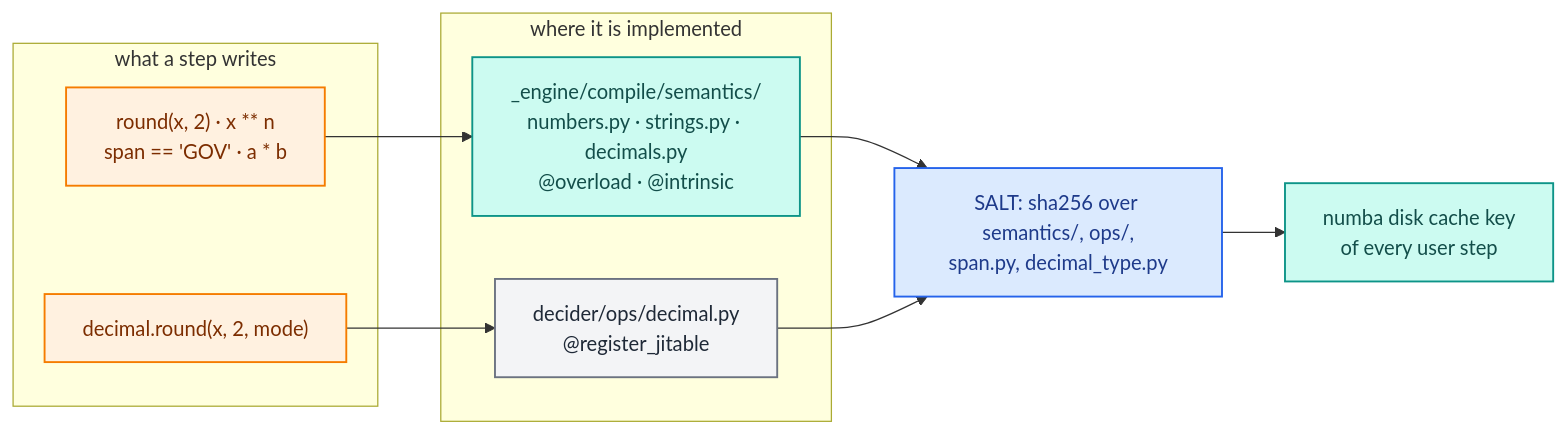
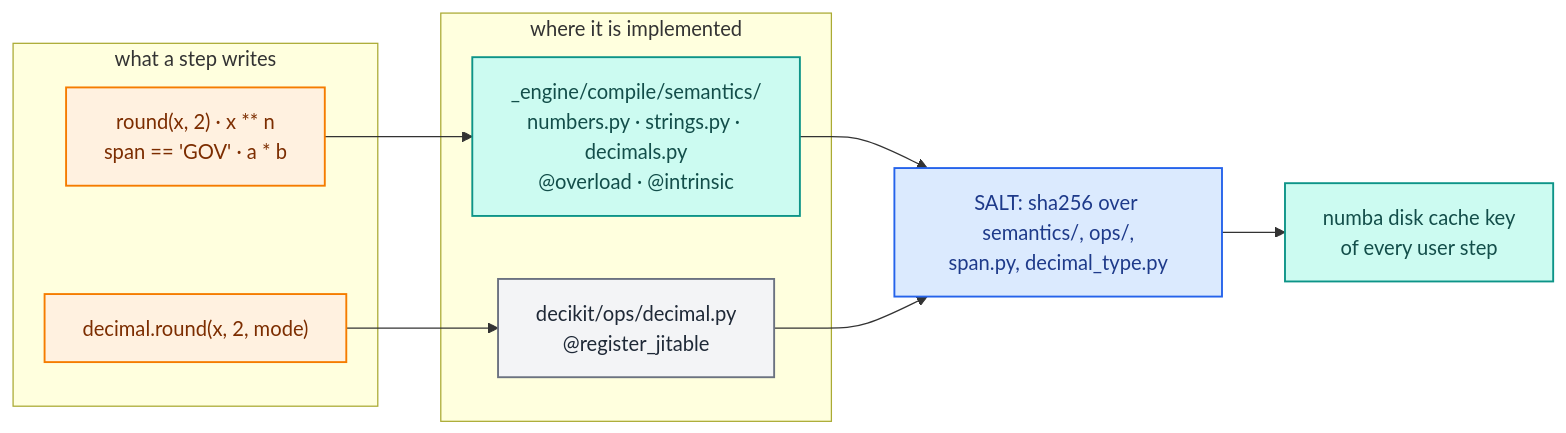
Before and after one commit to capitec/dsp-decision-engine: the first of 4 diagrams in docs/architecture/foundation.md, drawn with Mermaid. The commit also changed other lines of this file and 1292 other files, not shown here.

Commit message:
rename decider to decikit: package, CLI, DECIKIT_* settings, plugin, extension, docs prose says decider toolkit

````diff
--- a/docs/architecture/foundation.md
+++ b/docs/architecture/foundation.md
@@ -37,21 +37,21 @@
 ```mermaid
 flowchart LR
     subgraph user["what a step writes"]
         op["round(x, 2) · x ** n<br/>span == 'GOV' · a * b"]:::authoring
         fn["decimal.round(x, 2, mode)"]:::authoring
     end
     subgraph impl["where it is implemented"]
         sem["_engine/compile/semantics/<br/>numbers.py · strings.py · decimals.py<br/>@overload · @intrinsic"]:::engine
-        ops["decider/ops/decimal.py<br/>@register_jitable"]:::neutral
+        ops["decikit/ops/decimal.py<br/>@register_jitable"]:::neutral
     end
     salt["SALT: sha256 over semantics/, ops/,<br/>span.py, decimal_type.py"]:::ir
     op --> sem
     fn --> ops
     sem --> salt
     ops --> salt
     salt --> cache["numba disk cache key<br/>of every user step"]:::engine
     classDef authoring fill:#fff1e0,stroke:#f57c00,color:#7c2d00,stroke-width:1.5px;
     classDef engine fill:#ccfbf1,stroke:#0d9488,color:#134e4a,stroke-width:1.5px;
     classDef neutral fill:#f3f4f6,stroke:#6b7280,color:#1f2937,stroke-width:1.5px;
     classDef ir fill:#dbeafe,stroke:#2563eb,color:#1e3a8a,stroke-width:1.5px;
 ```
````
